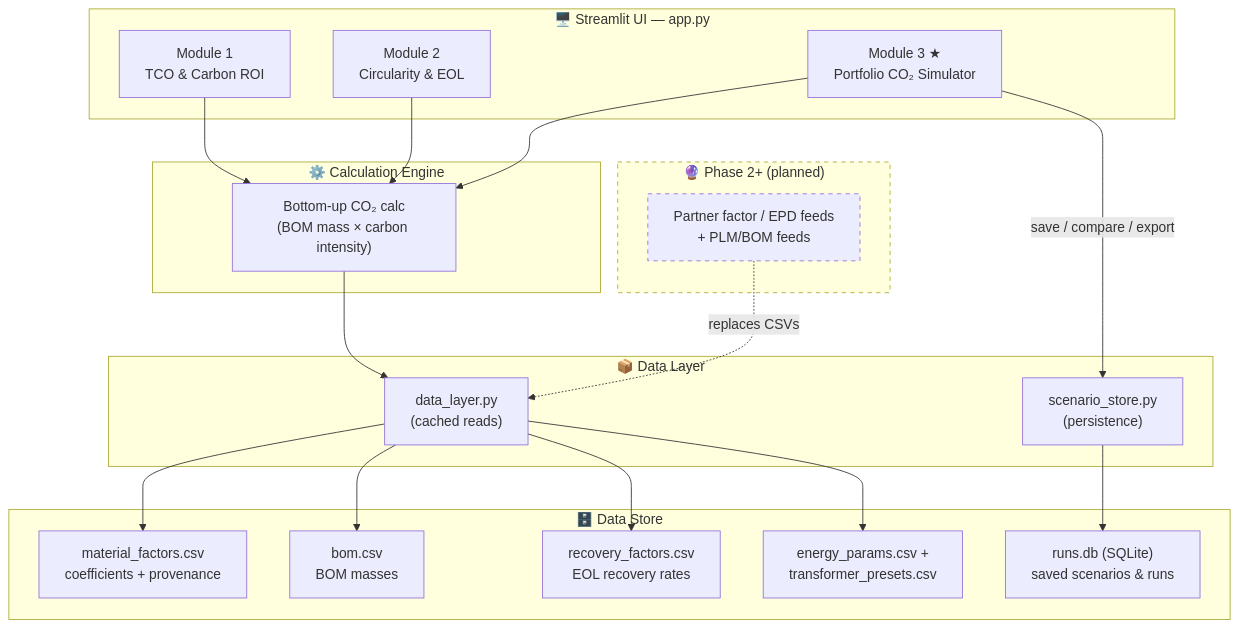
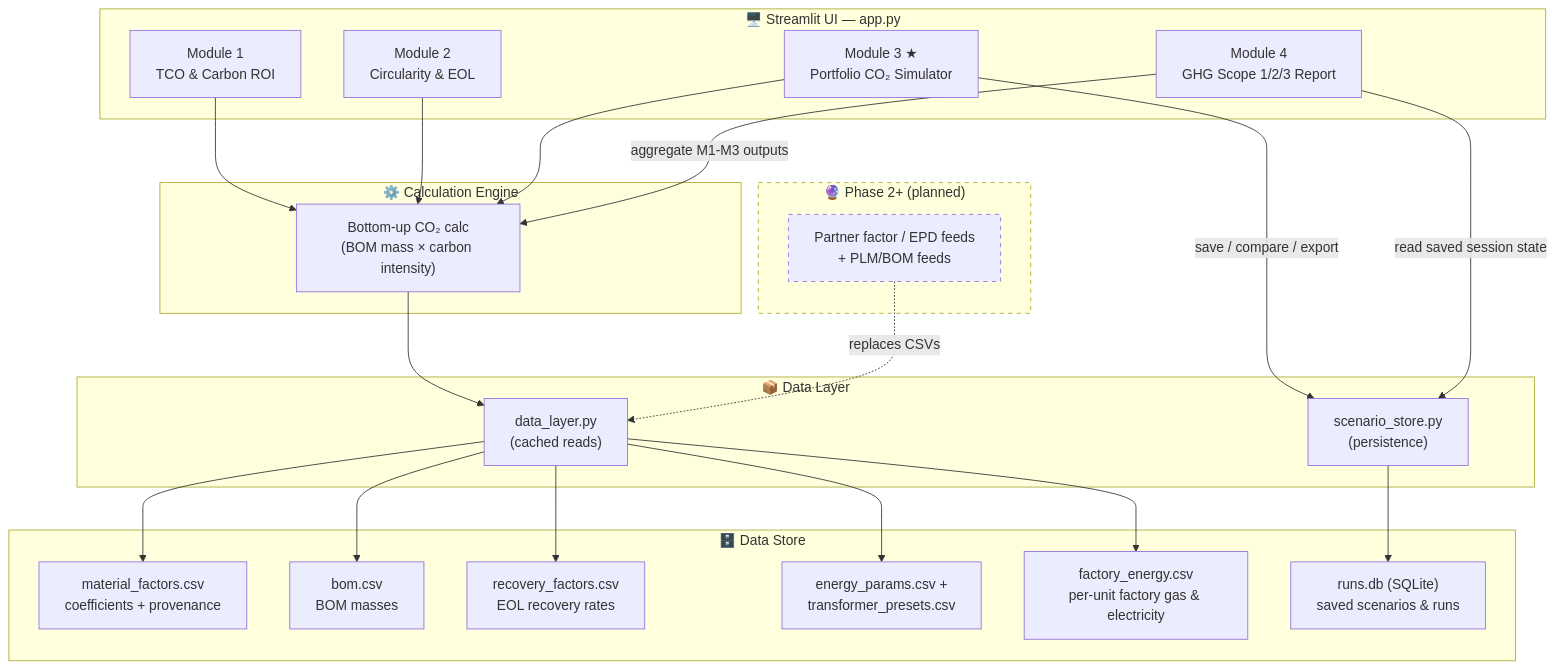
Before and after one commit to lugasraka/CO2-calculator-prototype-transformer: the diagram in README.md, drawn with Mermaid. The commit also changed other lines of this file and 5 other files, not shown here.

Commit message:
feat: add GHG Scope 1/2/3 reporting module and associated data structures

````diff
--- a/README.md
+++ b/README.md
@@ -42,44 +43,49 @@
 ```mermaid
 flowchart TD
     subgraph UI["🖥️ Streamlit UI — app.py"]
         M1["Module 1<br/>TCO & Carbon ROI"]
         M2["Module 2<br/>Circularity & EOL"]
         M3["Module 3 ★<br/>Portfolio CO₂ Simulator"]
+        M4["Module 4<br/>GHG Scope 1/2/3 Report"]
     end
 
     subgraph LOGIC["⚙️ Calculation Engine"]
         CALC["Bottom-up CO₂ calc<br/>(BOM mass × carbon intensity)"]
     end
 
     subgraph DATA["📦 Data Layer"]
         DL["data_layer.py<br/>(cached reads)"]
         SS["scenario_store.py<br/>(persistence)"]
     end
 
     subgraph STORE["🗄️ Data Store"]
         MF["material_factors.csv<br/>coefficients + provenance"]
         BOM["bom.csv<br/>BOM masses"]
         RF["recovery_factors.csv<br/>EOL recovery rates"]
         EP["energy_params.csv +<br/>transformer_presets.csv"]
+        FE["factory_energy.csv<br/>per-unit factory gas & electricity"]
         DB["runs.db (SQLite)<br/>saved scenarios & runs"]
     end
 
     subgraph FUTURE["🔮 Phase 2+ (planned)"]
         FEED["Partner factor / EPD feeds<br/>+ PLM/BOM feeds"]
     end
 
     M1 --> CALC
     M2 --> CALC
     M3 --> CALC
+    M4 -->|aggregate M1-M3 outputs| CALC
     CALC --> DL
     M3 -->|save / compare / export| SS
+    M4 -->|read saved session state| SS
     DL --> MF
     DL --> BOM
     DL --> RF
     DL --> EP
+    DL --> FE
     SS --> DB
     FEED -.replaces CSVs.-> DL
 
     classDef future stroke-dasharray: 5 5;
     class FUTURE,FEED future;
 ```
````
